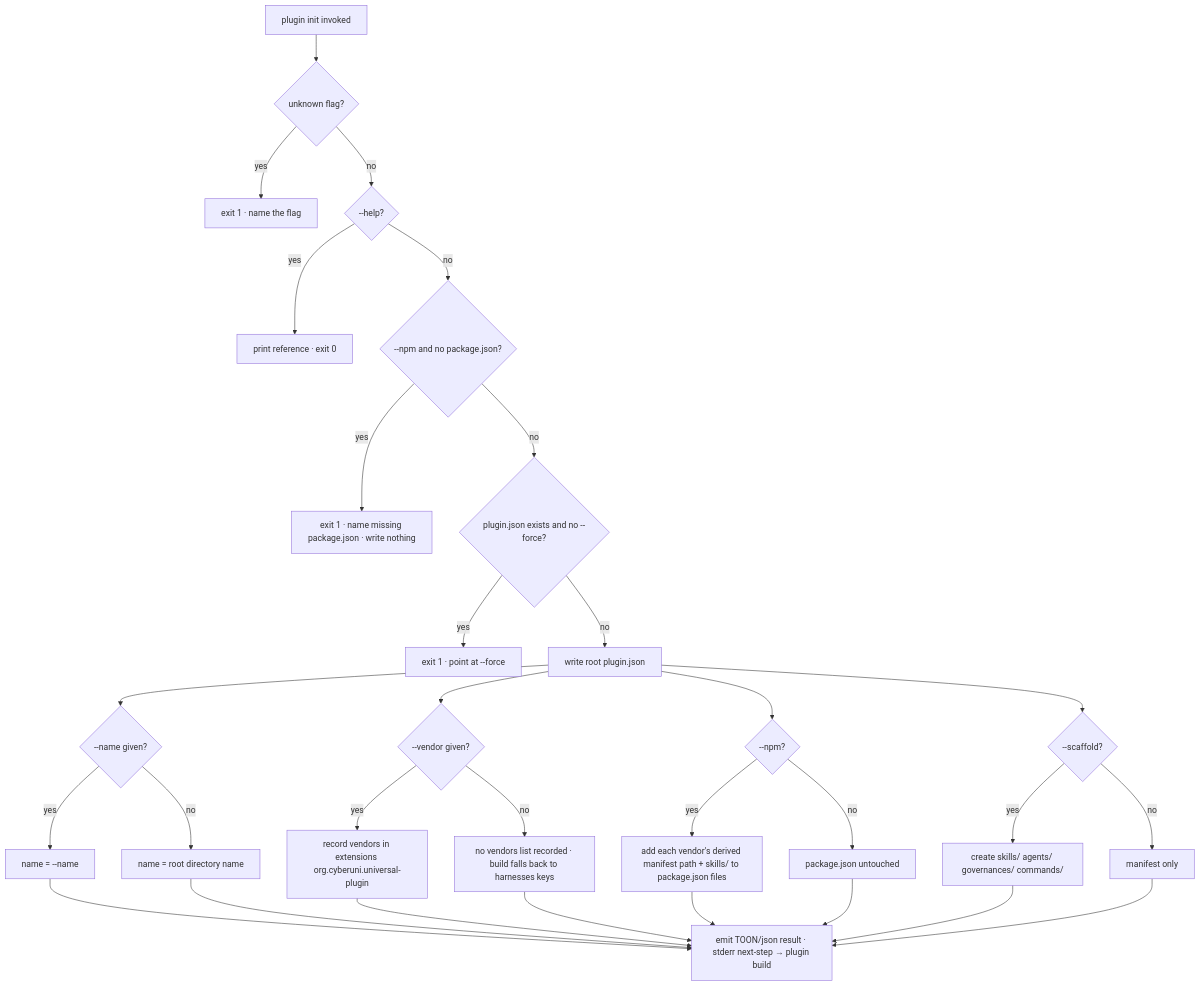
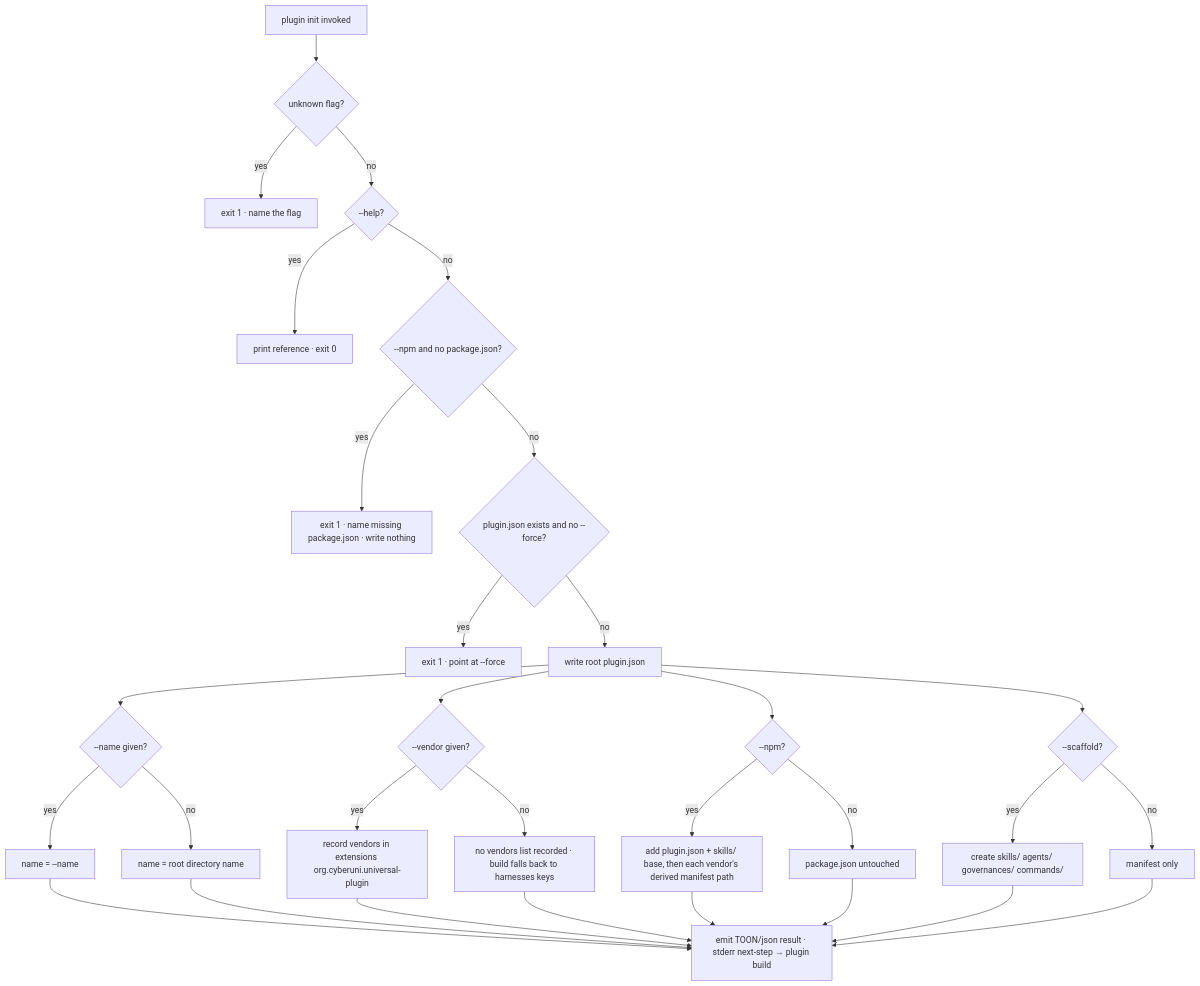
The diagram in packages/universal-plugin/.agents/spec/plugin/init/README.md (cyberuni/universal-plugin), drawn with Mermaid before and after one commit. The commit also changed other lines of this file and 4 other files, not shown here.

First line of the commit message:
fix(init): always ship the open-standard base in package.json files

````diff
--- a/packages/universal-plugin/.agents/spec/plugin/init/README.md
+++ b/packages/universal-plugin/.agents/spec/plugin/init/README.md
@@ -74,33 +77,33 @@
 ```mermaid
 graph TD
   A[plugin init invoked] --> UF{unknown flag?}
   UF -->|yes| E_UF[exit 1 · name the flag]
   UF -->|no| HELP{--help?}
   HELP -->|yes| E_HELP[print reference · exit 0]
   HELP -->|no| PRE{--npm and no package.json?}
   PRE -->|yes| E_PRE[exit 1 · name missing package.json · write nothing]
   PRE -->|no| EX{plugin.json exists and no --force?}
   EX -->|yes| E_EX[exit 1 · point at --force]
   EX -->|no| W[write root plugin.json]
   W --> NM{--name given?}
   NM -->|yes| nm1[name = --name]
   NM -->|no| nm2[name = root directory name]
   W --> VN{--vendor given?}
   VN -->|yes| vn1[record vendors in extensions org.cyberuni.universal-plugin]
   VN -->|no| vn2[no vendors list recorded · build falls back to harnesses keys]
   W --> SC{--scaffold?}
   SC -->|yes| sc1[create skills/ agents/ governances/ commands/]
   SC -->|no| sc2[manifest only]
   W --> NP{--npm?}
-  NP -->|yes| wire[add each vendor's derived manifest path + skills/ to package.json files]
+  NP -->|yes| wire[add plugin.json + skills/ base, then each vendor's derived manifest path]
   NP -->|no| skip[package.json untouched]
   nm1 --> OUT
   nm2 --> OUT
   vn1 --> OUT
   vn2 --> OUT
   wire --> OUT
   skip --> OUT
   sc1 --> OUT
   sc2 --> OUT
   OUT[emit TOON/json result · stderr next-step → plugin build]
 ```
````
